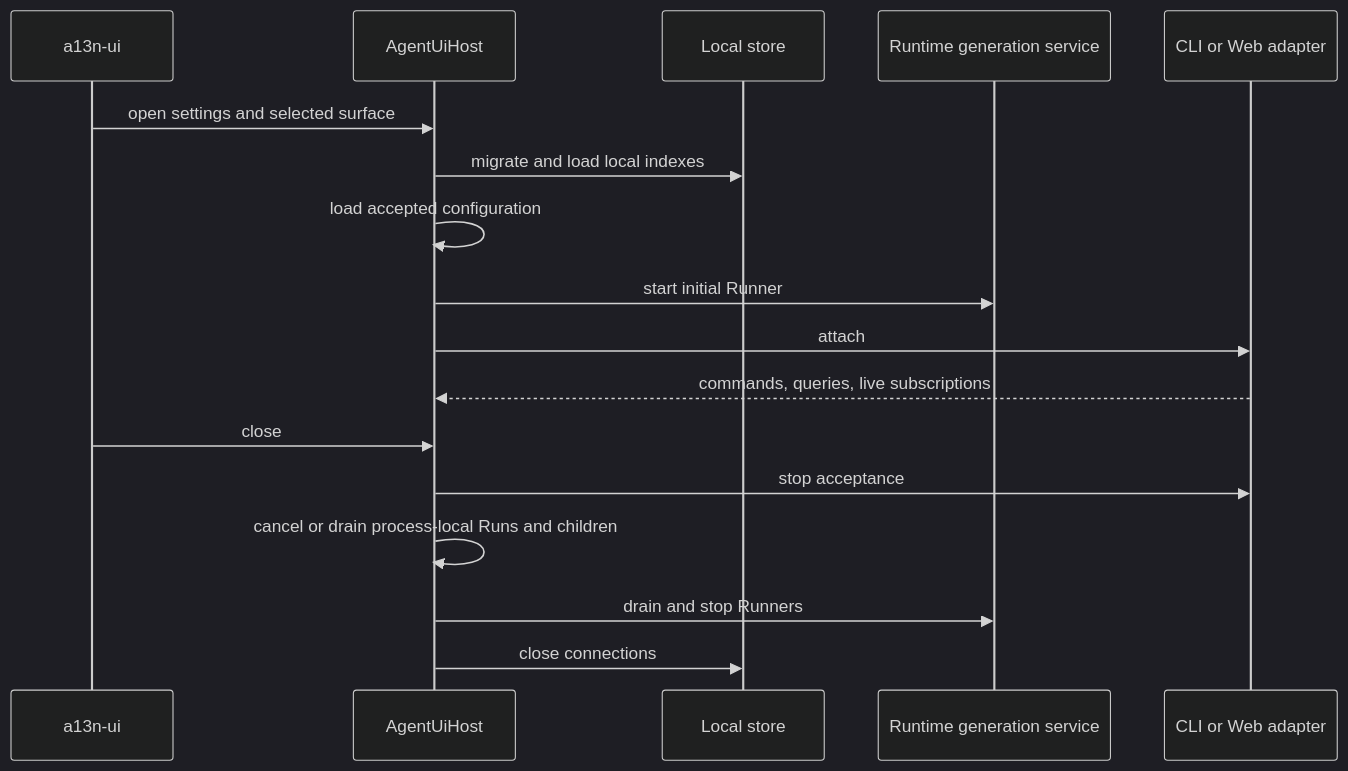
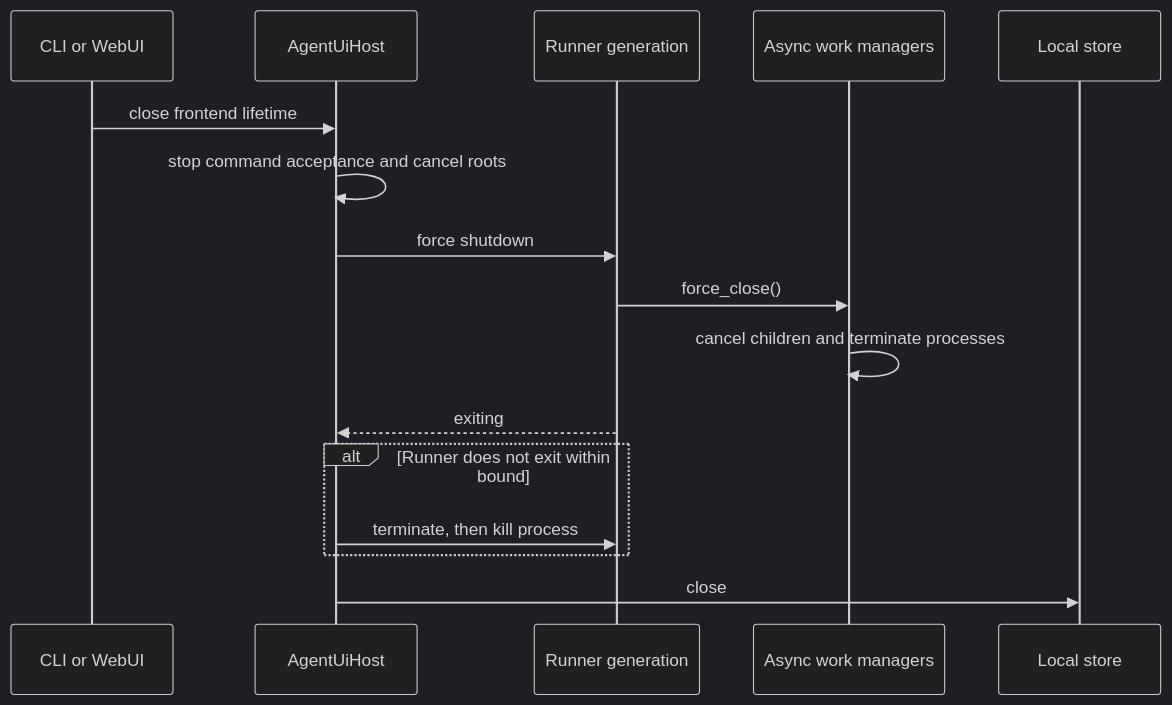
The second of 4 diagrams in spec/agent-ui/05-runtime-subagents-and-surfaces.md (LTThreeComma/agent-foundation), drawn with Mermaid (dark theme) before and after one commit. The commit also changed other lines of this file and 104 other files, not shown here.

````diff
--- a/spec/agent-ui/05-runtime-subagents-and-surfaces.md
+++ b/spec/agent-ui/05-runtime-subagents-and-surfaces.md
@@ -45,20 +77,19 @@
 ```mermaid
 sequenceDiagram
-    participant Entry as a13n-ui
+    participant Surface as CLI or WebUI
     participant Host as AgentUiHost
+    participant Runner as Runner generation
+    participant Managers as Async work managers
     participant Store as Local store
-    participant Runtime as Runtime generation service
-    participant Surface as CLI or Web adapter
 
-    Entry->>Host: open settings and selected surface
-    Host->>Store: migrate and load local indexes
-    Host->>Host: load accepted configuration
-    Host->>Runtime: start initial Runner
-    Host->>Surface: attach
-    Surface-->>Host: commands, queries, live subscriptions
-    Entry->>Host: close
-    Host->>Surface: stop acceptance
-    Host->>Host: cancel or drain process-local Runs and children
-    Host->>Runtime: drain and stop Runners
-    Host->>Store: close connections
+    Surface->>Host: close frontend lifetime
+    Host->>Host: stop command acceptance and cancel roots
+    Host->>Runner: force shutdown
+    Runner->>Managers: force_close()
+    Managers->>Managers: cancel children and terminate processes
+    Runner-->>Host: exiting
+    alt Runner does not exit within bound
+        Host->>Runner: terminate, then kill process
+    end
+    Host->>Store: close
 ```
````
